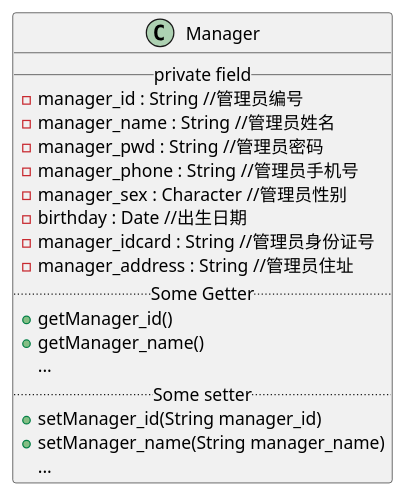
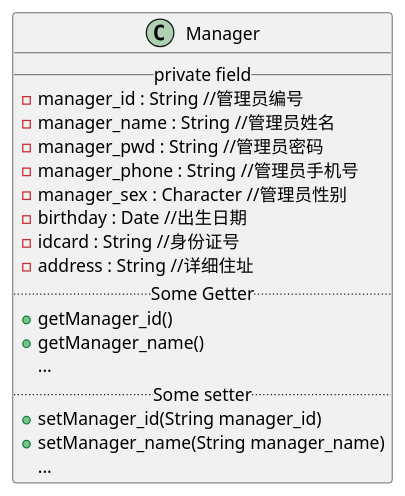
The third of 31 diagrams in docs/UML/plantuml.md (xiaokangxxs/notebook), drawn with PlantUML before and after one commit. The commit also changed other lines of this file and 9 other files, not shown here.

Commit message:
add sqoop and update uml

````diff
--- a/docs/UML/plantuml.md
+++ b/docs/UML/plantuml.md
@@ -66,25 +64,25 @@
 ```plantuml
 @startuml
 
 class Manager {
 __ private field __
  -manager_id : String //管理员编号
  -manager_name : String //管理员姓名
  -manager_pwd : String //管理员密码
  -manager_phone : String //管理员手机号
  -manager_sex : Character //管理员性别
  -birthday : Date //出生日期
- -manager_idcard : String //管理员身份证号
- -manager_address : String //管理员住址
+ -idcard : String //身份证号
+ -address : String //详细住址
 .. Some Getter ..
   + getManager_id()
   + getManager_name()
   ...
 .. Some setter ..
   + setManager_id(String manager_id)
   + setManager_name(String manager_name)
   ...
 }
 
 @enduml
 ```
````
